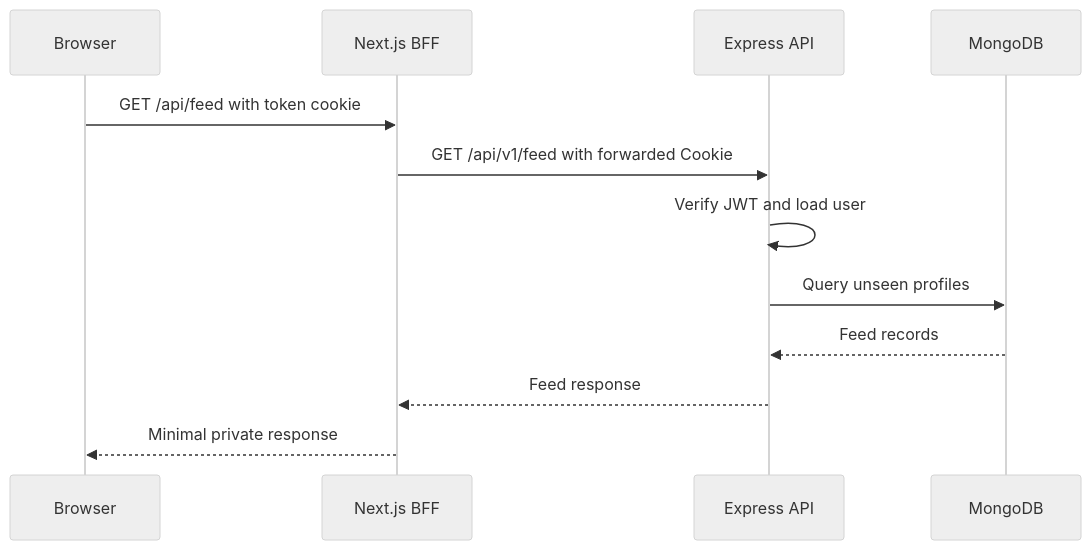
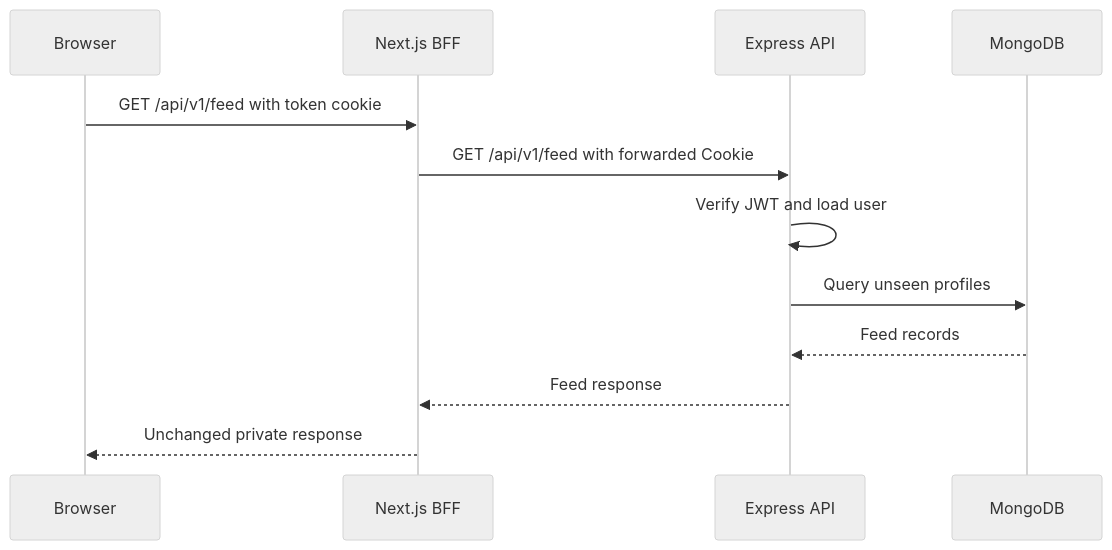
Before and after one commit to DEVASHRAY/tinder-lite-frontend: the fourth of 4 diagrams in documentation/bff-architecture.md, drawn with Mermaid (neutral theme). The commit also changed other lines of this file and 4 other files, not shown here.

````diff
--- a/documentation/bff-architecture.md
+++ b/documentation/bff-architecture.md
@@ -138,15 +144,15 @@
 ```mermaid
 sequenceDiagram
     participant Browser
     participant BFF as Next.js BFF
     participant API as Express API
     participant DB as MongoDB
 
-    Browser->>BFF: GET /api/feed with token cookie
+    Browser->>BFF: GET /api/v1/feed with token cookie
     BFF->>API: GET /api/v1/feed with forwarded Cookie
     API->>API: Verify JWT and load user
     API->>DB: Query unseen profiles
     DB-->>API: Feed records
     API-->>BFF: Feed response
-    BFF-->>Browser: Minimal private response
+    BFF-->>Browser: Unchanged private response
 ```
````
